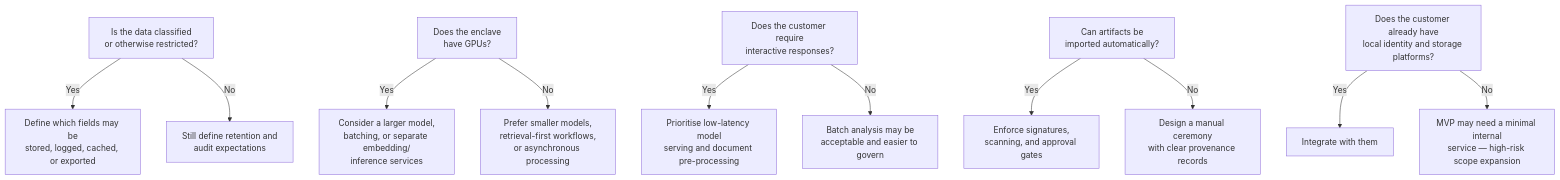
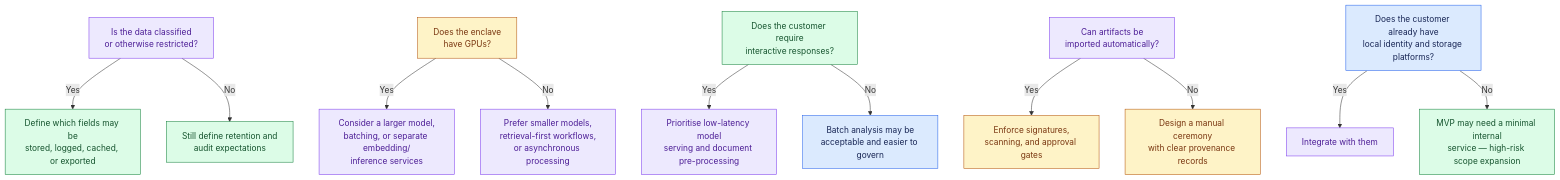
One commit to Sourav692/Forward-Deployed-Engineer-Interview-Prep changed the second of 2 diagrams in 02_System_Design_Case_Studies/Standalone_Designs/19_Air_Gapped_AI_System/3_Tutorial/19_Tutorial.md. Above: the diagram before and after it, drawn with Mermaid. The commit also changed other lines of this file and 1268 other files, not shown here.

First line of the commit message:
content: polish Casebook writing and Mermaid diagrams (#251)

````diff
--- a/02_System_Design_Case_Studies/Standalone_Designs/19_Air_Gapped_AI_System/3_Tutorial/19_Tutorial.md
+++ b/02_System_Design_Case_Studies/Standalone_Designs/19_Air_Gapped_AI_System/3_Tutorial/19_Tutorial.md
@@ -181,13 +191,23 @@
 ```mermaid
 flowchart TD
     A["Is the data classified<br/>or otherwise restricted?"] -->|Yes| A1["Define which fields may be<br/>stored, logged, cached, or exported"]
     A -->|No| A2["Still define retention and<br/>audit expectations"]
     B["Does the enclave<br/>have GPUs?"] -->|Yes| B1["Consider a larger model,<br/>batching, or separate embedding/<br/>inference services"]
     B -->|No| B2["Prefer smaller models,<br/>retrieval-first workflows,<br/>or asynchronous processing"]
     C["Does the customer require<br/>interactive responses?"] -->|Yes| C1["Prioritise low-latency model<br/>serving and document pre-processing"]
     C -->|No| C2["Batch analysis may be<br/>acceptable and easier to govern"]
     D["Can artifacts be<br/>imported automatically?"] -->|Yes| D1["Enforce signatures,<br/>scanning, and approval gates"]
     D -->|No| D2["Design a manual ceremony<br/>with clear provenance records"]
     E["Does the customer already have<br/>local identity and storage platforms?"] -->|Yes| E1["Integrate with them"]
     E -->|No| E2["MVP may need a minimal internal<br/>service — high-risk scope expansion"]
+
+    %% Casebook colours: entry, reasoning, results, controls, and stopped paths.
+    classDef cbReason fill:#ede9fe,stroke:#7c3aed,color:#4c1d95
+    class A,B1,B2,C1,D,E1 cbReason
+    classDef cbAction fill:#dcfce7,stroke:#15803d,color:#14532d
+    class A1,A2,C,E2 cbAction
+    classDef cbPolicy fill:#fef3c7,stroke:#b45309,color:#78350f
+    class B,D1,D2 cbPolicy
+    classDef cbInput fill:#dbeafe,stroke:#2563eb,color:#172554
+    class C2,E cbInput
 ```
````
